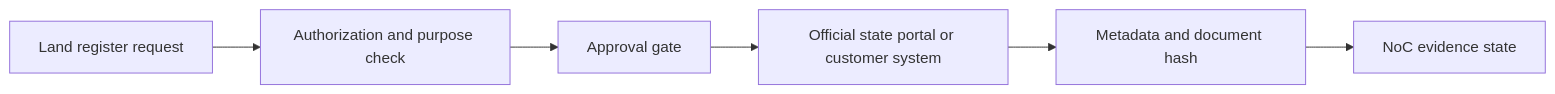
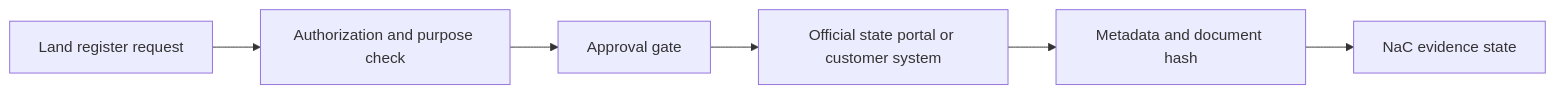
One commit to notariat8/NaC changed the diagram in docs/en/plugin-plans/grundbuch-portal-plugin-integration.md. Above: the diagram before and after it, drawn with Mermaid. The commit also changed other lines of this file and 333 other files, not shown here.

````diff
--- a/docs/en/plugin-plans/grundbuch-portal-plugin-integration.md
+++ b/docs/en/plugin-plans/grundbuch-portal-plugin-integration.md
@@ -38,8 +38,8 @@
 ```mermaid
 flowchart LR
     Request[Land register request] --> Readiness[Authorization and purpose check]
     Readiness --> Approval[Approval gate]
     Approval --> Official[Official state portal or customer system]
     Official --> Evidence[Metadata and document hash]
-    Evidence --> Audit[NoC evidence state]
+    Evidence --> Audit[NaC evidence state]
 ```
````
